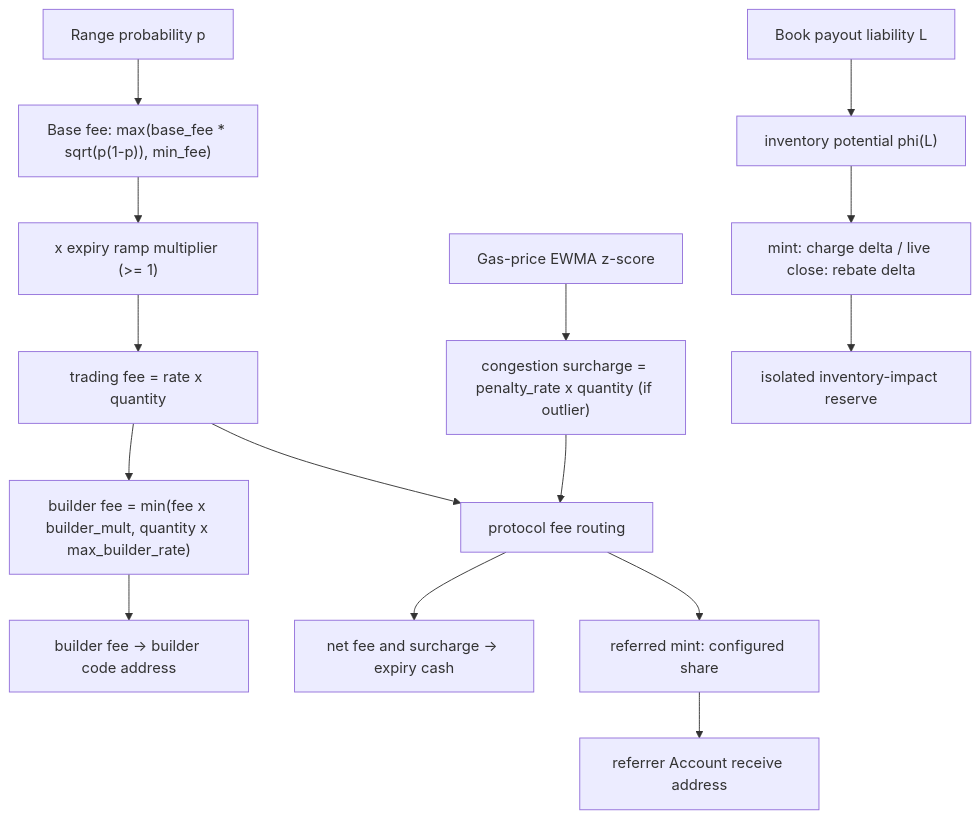
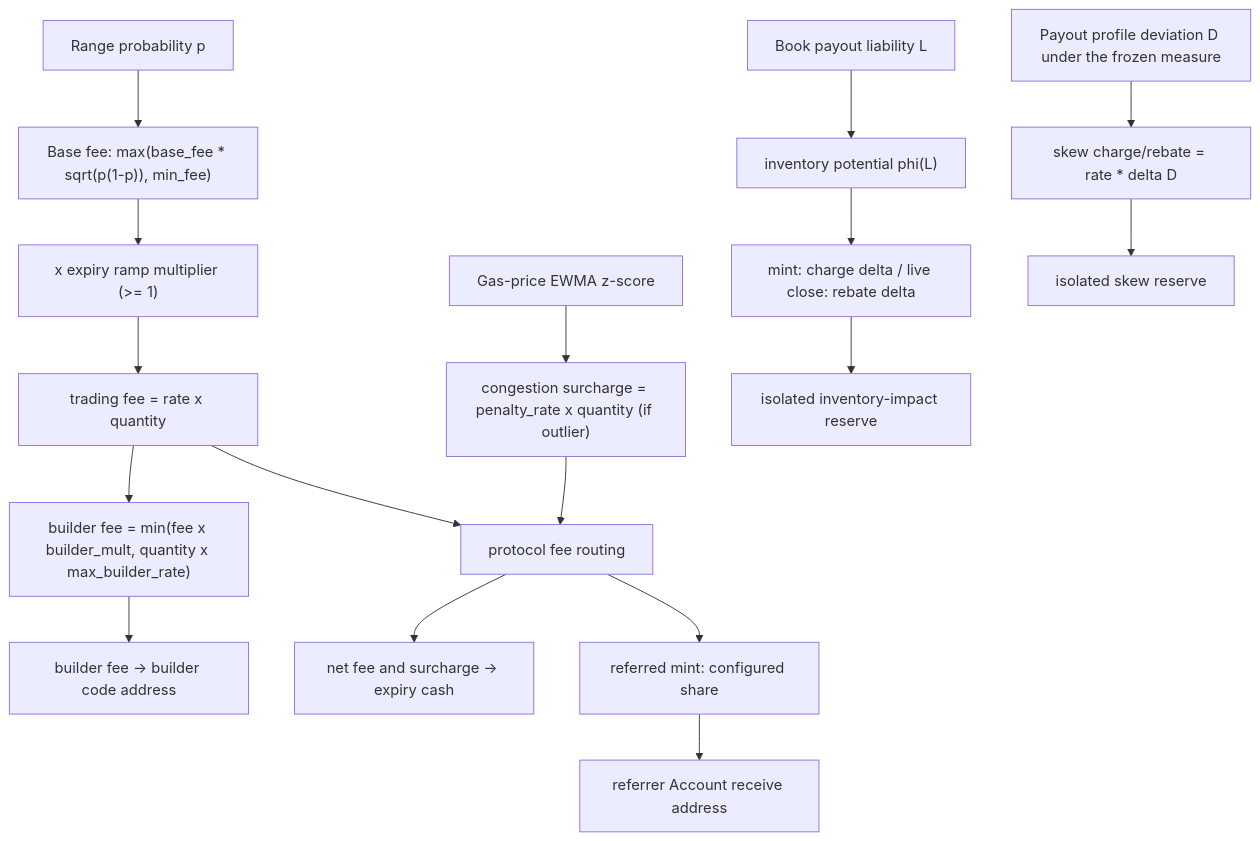
The diagram in packages/predict/docs/concepts/fees-and-rebates.md (MystenLabs/deepbookv3), drawn with Mermaid before and after one commit. The commit also changed other lines of this file and 4 other files, not shown here.

First line of the commit message:
predict: pin the skew escrow guard and the charge magnitude end to end (DBU-732)

````diff
--- a/packages/predict/docs/concepts/fees-and-rebates.md
+++ b/packages/predict/docs/concepts/fees-and-rebates.md
@@ -176,17 +176,19 @@
 ```mermaid
 flowchart TD
     P[Range probability p] --> BF["Base fee: max(base_fee * sqrt(p(1-p)), min_fee)"]
     BF --> RAMP["x expiry ramp multiplier (>= 1)"]
     RAMP --> FEE[trading fee = rate x quantity]
     FEE --> BUILD["builder fee = min(fee x builder_mult, quantity x max_builder_rate)"]
     GAS[Gas-price EWMA z-score] --> CONG["congestion surcharge = penalty_rate x quantity (if outlier)"]
     BUILD --> BUILDER[builder fee -> builder code address]
     FEE --> ROUTE[protocol fee routing]
     CONG --> ROUTE
     ROUTE --> COLLECT[net fee and surcharge -> expiry cash]
     ROUTE --> REF[referred mint: configured share]
     REF --> RACCOUNT[referrer Account receive address]
     L[Book payout liability L] --> PHI["inventory potential phi(L)"]
     PHI --> IMPACT["mint: charge delta / live close: rebate delta"]
     IMPACT --> IRESERVE[isolated inventory-impact reserve]
+    D[Payout profile deviation D under the frozen measure] --> SKEW["skew charge/rebate = rate * delta D"]
+    SKEW --> SRESERVE[isolated skew reserve]
 ```
````
